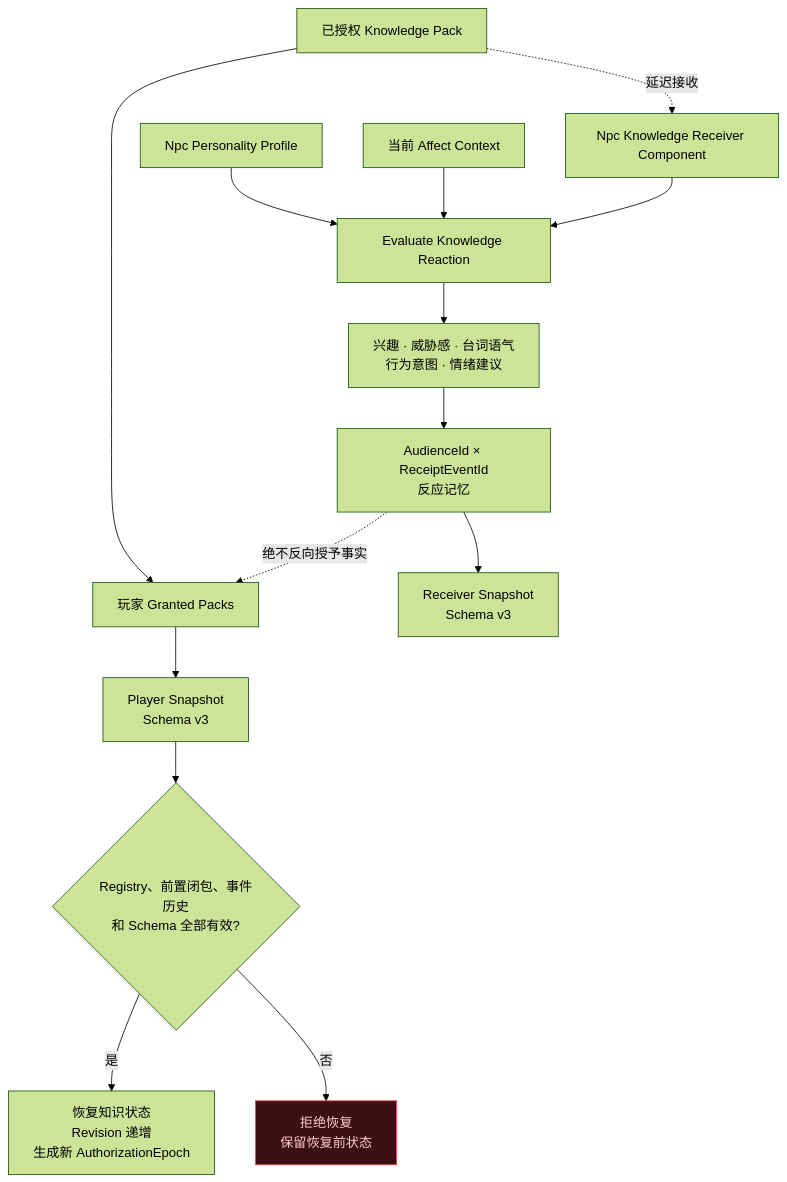
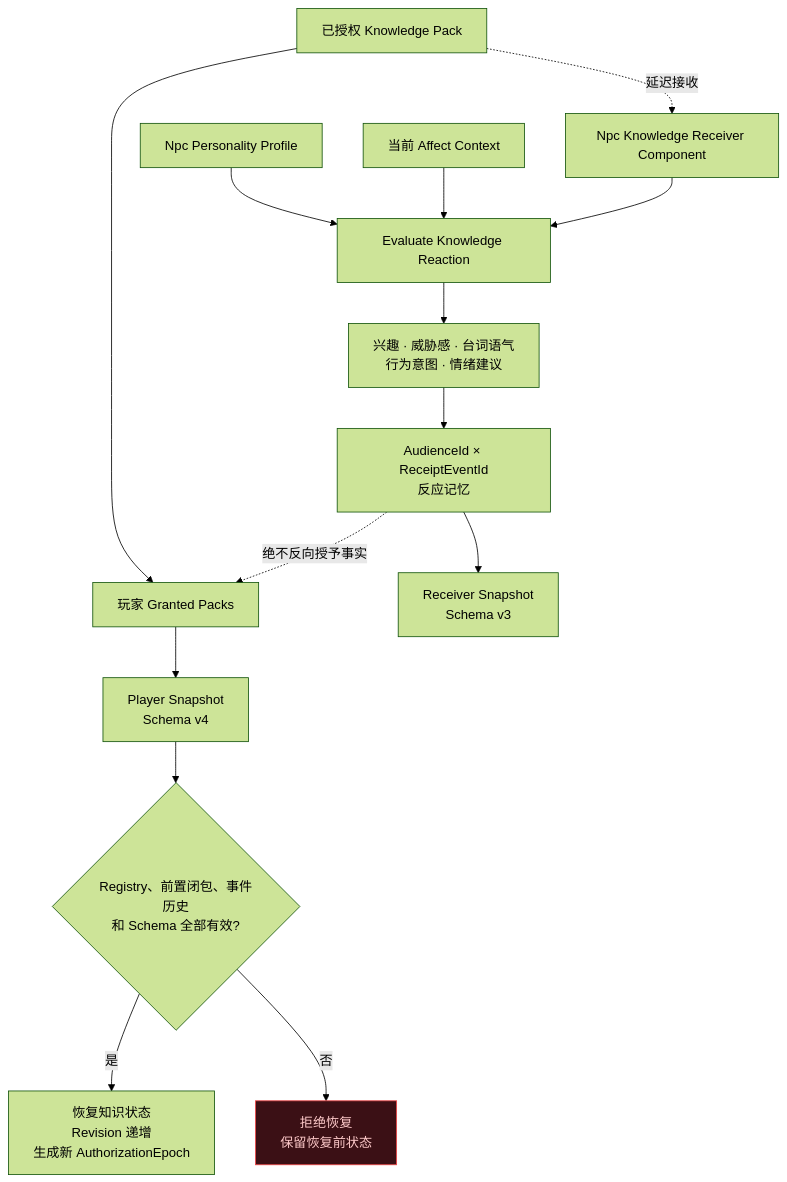
One commit to xunyv111/MyAiTownKnowledgeGrant changed the fifth of 5 diagrams in README.md. Above: the diagram before and after it, drawn with Mermaid (forest theme). The commit also changed other lines of this file and 21 other files, not shown here.

````diff
--- a/README.md
+++ b/README.md
@@ -189,24 +189,24 @@
 ```mermaid
 flowchart TD
     PACK["已授权 Knowledge Pack"] --> PLAYER["玩家 Granted Packs"]
     PACK -. "延迟接收" .-> RECEIVER["Npc Knowledge Receiver Component"]
 
     PROFILE["Npc Personality Profile"] --> REACT["Evaluate Knowledge Reaction"]
     AFFECT["当前 Affect Context"] --> REACT
     RECEIVER --> REACT
 
     REACT --> RESULT["兴趣 · 威胁感 · 台词语气<br/>行为意图 · 情绪建议"]
     RESULT --> MEMORY["AudienceId × ReceiptEventId<br/>反应记忆"]
 
-    PLAYER --> PSNAP["Player Snapshot<br/>Schema v3"]
+    PLAYER --> PSNAP["Player Snapshot<br/>Schema v4"]
     MEMORY --> RSNAP["Receiver Snapshot<br/>Schema v3"]
 
     PSNAP --> RESTORE{"Registry、前置闭包、事件历史<br/>和 Schema 全部有效?"}
     RESTORE -- "是" --> NEWSTATE["恢复知识状态<br/>Revision 递增<br/>生成新 AuthorizationEpoch"]
     RESTORE -- "否" --> FAIL["拒绝恢复<br/>保留恢复前状态"]
 
     MEMORY -. "绝不反向授予事实" .-> PLAYER
 
     classDef fail fill:#3b1015,stroke:#ef4444,color:#fecaca;
     class FAIL fail;
 ```
````
